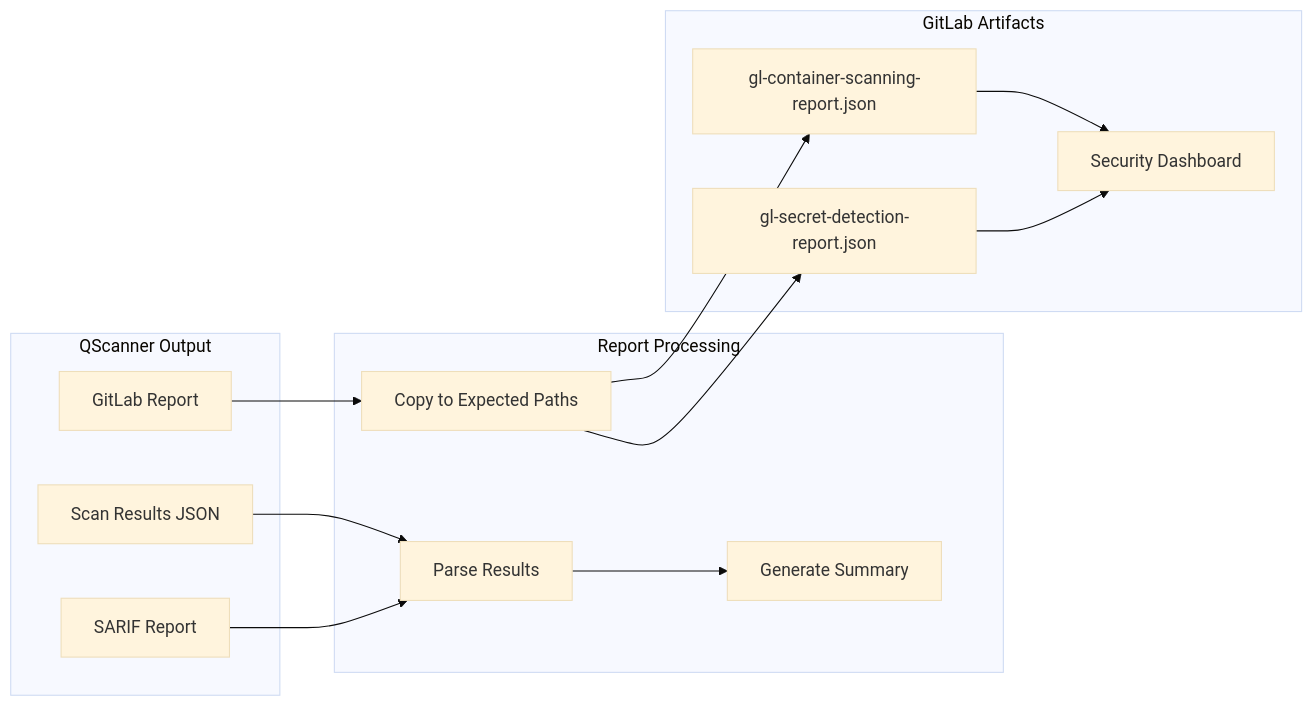
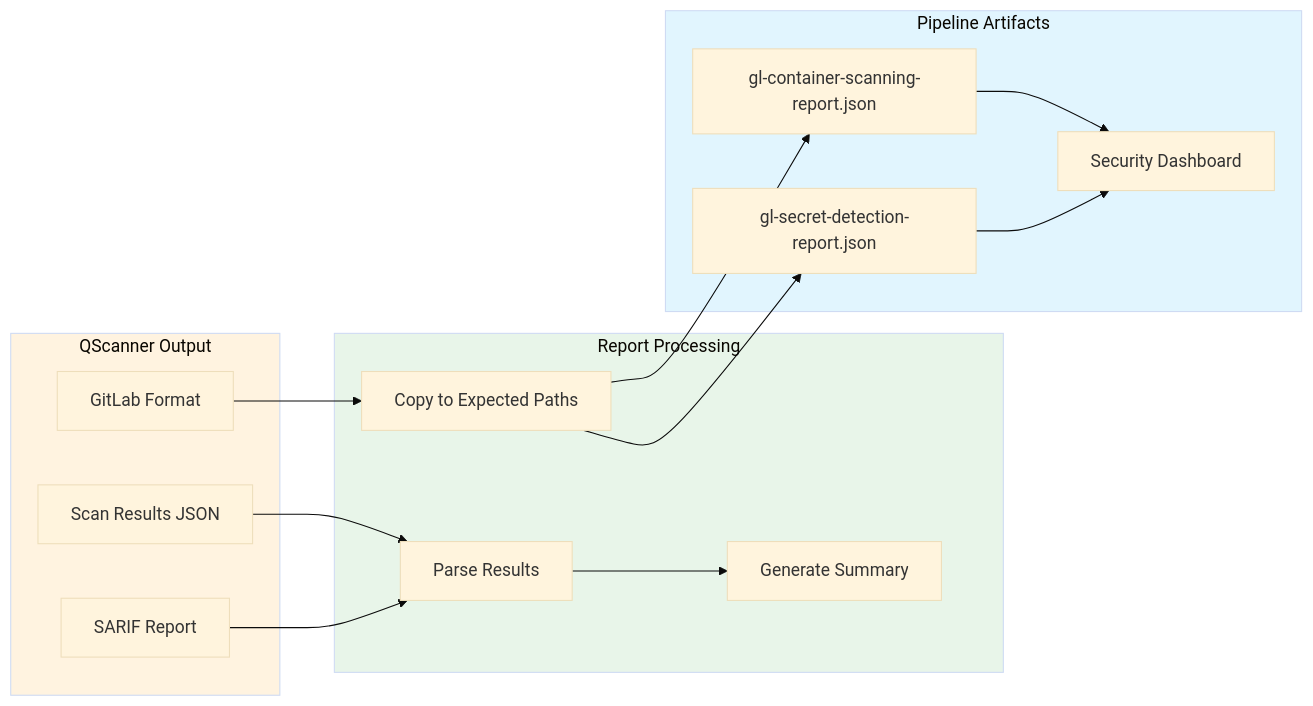
One commit to nelssec/qualys-gitlab changed the fifth of 6 diagrams in docs/architecture.md. Above: the diagram before and after it, drawn with Mermaid (base theme). The commit also changed other lines of this file and 4 other files, not shown here.

````diff
--- a/docs/architecture.md
+++ b/docs/architecture.md
@@ -203,29 +137,33 @@
 ```mermaid
 flowchart LR
-    subgraph QScanner["QScanner Output"]
+    subgraph qscanner["QScanner Output"]
         scan["Scan Results JSON"]
         sarif["SARIF Report"]
-        gitlab["GitLab Report"]
+        gitlab_fmt["GitLab Format"]
     end
 
-    subgraph Transform["Report Processing"]
+    subgraph transform["Report Processing"]
         parse["Parse Results"]
         summary["Generate Summary"]
         copy["Copy to Expected Paths"]
     end
 
-    subgraph GitLab["GitLab Artifacts"]
+    subgraph artifacts["Pipeline Artifacts"]
         container["gl-container-scanning-report.json"]
         secret["gl-secret-detection-report.json"]
         dashboard["Security Dashboard"]
     end
 
     scan --> parse
     sarif --> parse
-    gitlab --> copy
+    gitlab_fmt --> copy
     parse --> summary
     copy --> container
     copy --> secret
     container --> dashboard
     secret --> dashboard
+
+    style qscanner fill:#fff3e0
+    style transform fill:#e8f5e9
+    style artifacts fill:#e1f5fe
 ```
````
